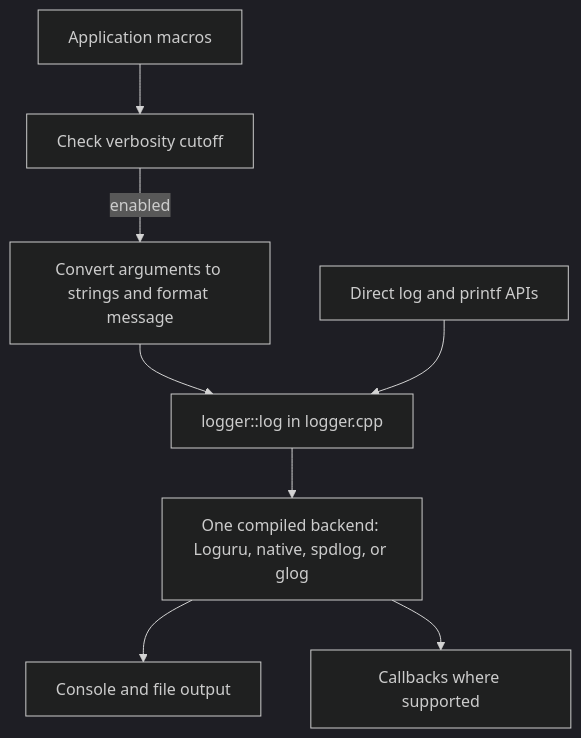
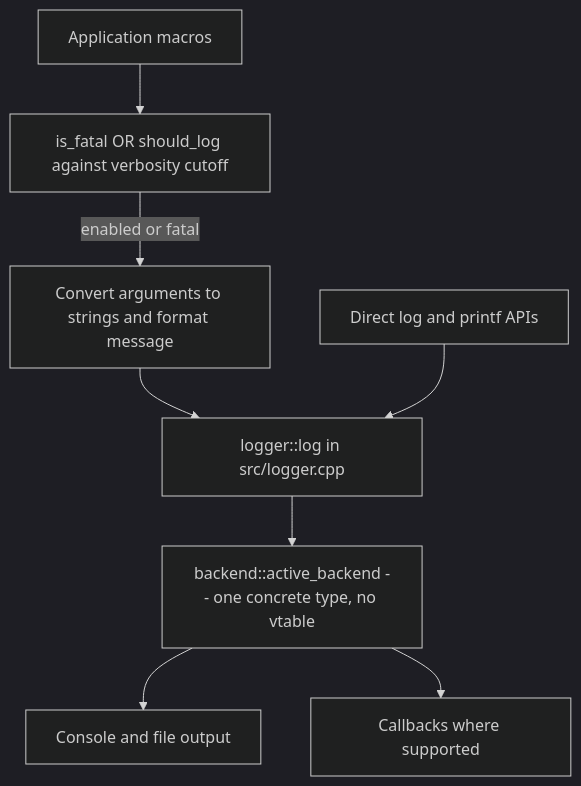
Before and after one commit to KhwarizmiAnalytix/Logging: the diagram in docs/logging_design.md, drawn with Mermaid (dark theme). The commit also changed other lines of this file, not shown here.

````diff
--- a/docs/logging_design.md
+++ b/docs/logging_design.md
@@ -37,10 +81,10 @@
 ```mermaid
 flowchart TD
-    A[Application macros] --> B[Check verbosity cutoff]
-    B -->|enabled| C[Convert arguments to strings and format message]
-    C --> D[logger::log in logger.cpp]
+    A[Application macros] --> B[is_fatal OR should_log against verbosity cutoff]
+    B -->|enabled or fatal| C[Convert arguments to strings and format message]
+    C --> D[logger::log in src/logger.cpp]
     E[Direct log and printf APIs] --> D
-    D --> F[One compiled backend: Loguru, native, spdlog, or glog]
+    D --> F[backend::active_backend -- one concrete type, no vtable]
     F --> G[Console and file output]
     F --> H[Callbacks where supported]
 ```
````
